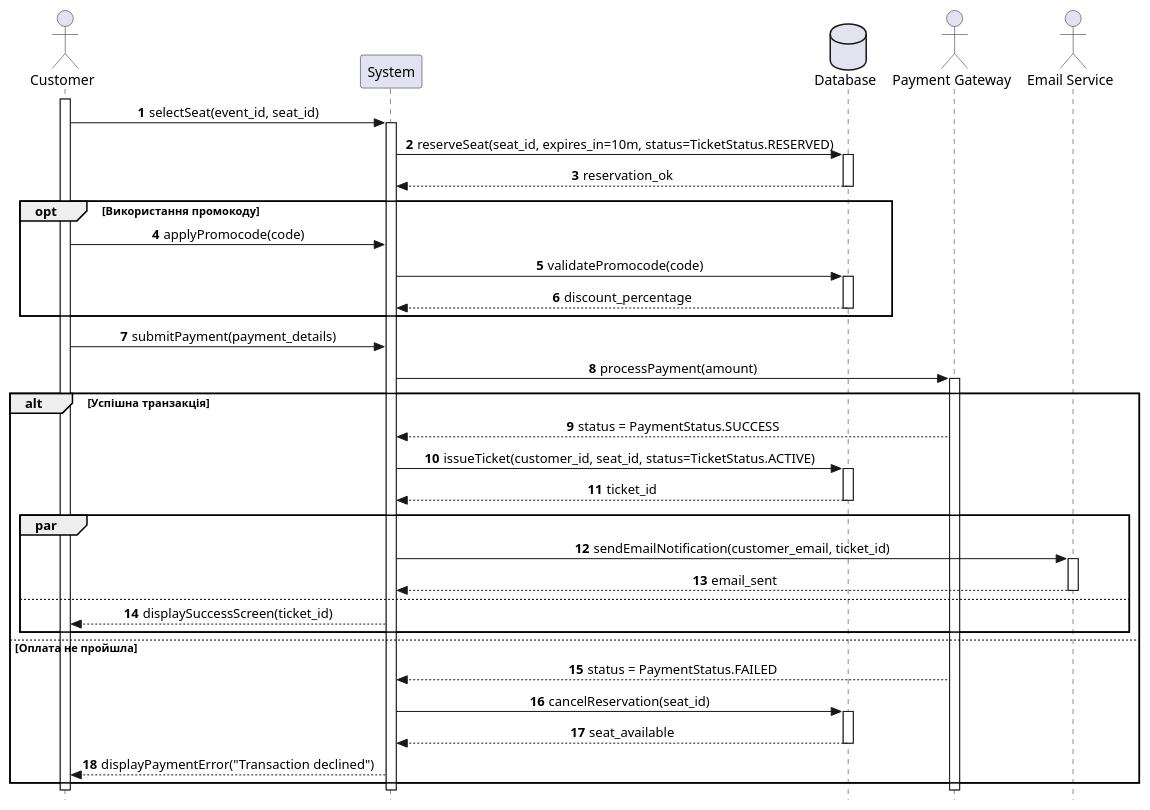
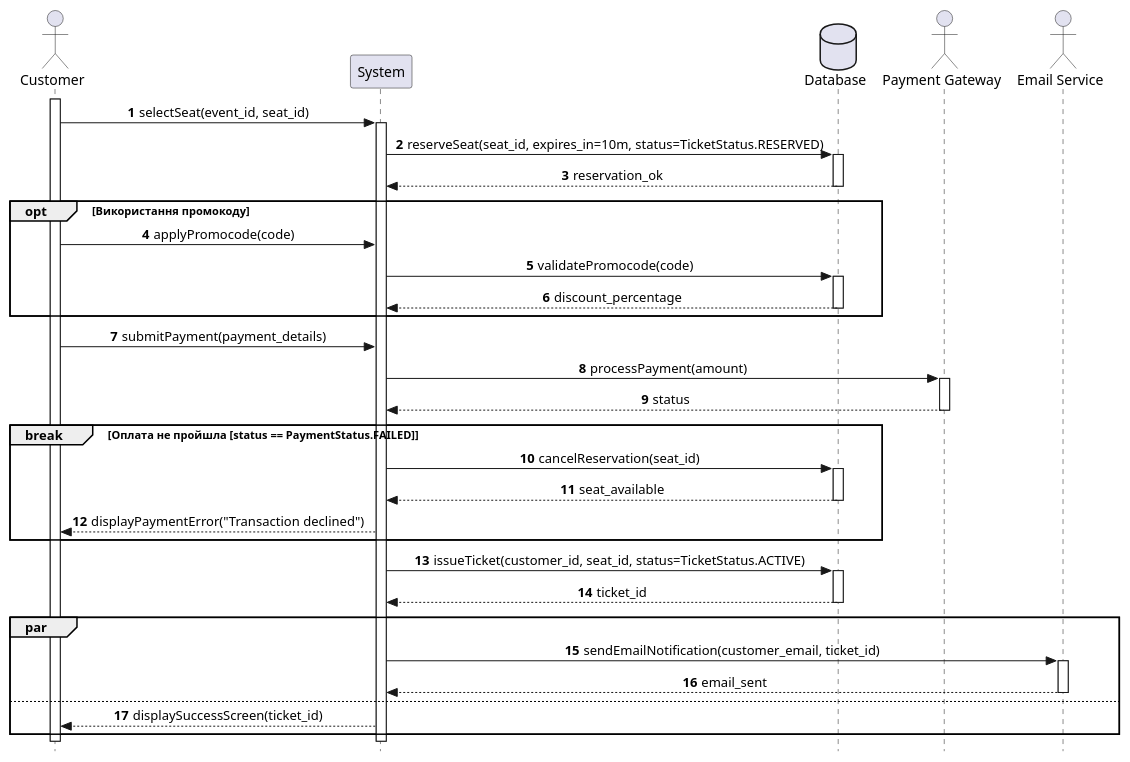
Before and after one commit to anastasiiaaz/2-course-mavpz: the diagram in lab3/scenario1.puml, drawn with PlantUML. The commit also changed 2 other files, not shown here.

Commit message:
fix: use break and fix par in sequence diagrams

```diff
--- a/lab3/scenario1.puml
+++ b/lab3/scenario1.puml
@@ -1,65 +1,61 @@
 @startuml buy_ticket
 autonumber
 skinparam Style strictuml
 skinparam SequenceMessageAlignment center
 
 actor "Customer" as C
 participant "System" as App
 database "Database" as DB
 actor "Payment Gateway" as PG
 actor "Email Service" as ES
 
 activate C
 C -> App : selectSeat(event_id, seat_id)
 activate App
 
 App -> DB : reserveSeat(seat_id, expires_in=10m, status=TicketStatus.RESERVED)
 activate DB
 DB --> App : reservation_ok
 deactivate DB
 
 opt Використання промокоду
     C -> App : applyPromocode(code)
     App -> DB : validatePromocode(code)
     activate DB
     DB --> App : discount_percentage
     deactivate DB
 end
 
 C -> App : submitPayment(payment_details)
 
 App -> PG : processPayment(amount)
 activate PG
+PG --> App : status
+deactivate PG
 
-alt Успішна транзакція
-    PG --> App : status = PaymentStatus.SUCCESS
-    
-    App -> DB : issueTicket(customer_id, seat_id, status=TicketStatus.ACTIVE)
-    activate DB
-    DB --> App : ticket_id
-    deactivate DB
-    
-    par
-        App -> ES : sendEmailNotification(customer_email, ticket_id)
-        activate ES
-        ES --> App : email_sent
-        deactivate ES
-    else
-        App --> C : displaySuccessScreen(ticket_id)
-    end
-
-else Оплата не пройшла
-    PG --> App : status = PaymentStatus.FAILED
-    
+break Оплата не пройшла [status == PaymentStatus.FAILED]
     App -> DB : cancelReservation(seat_id)
     activate DB
     DB --> App : seat_available
     deactivate DB
     
     App --> C : displayPaymentError("Transaction declined")
 end
 
-deactivate PG
+App -> DB : issueTicket(customer_id, seat_id, status=TicketStatus.ACTIVE)
+activate DB
+DB --> App : ticket_id
+deactivate DB
+
+par
+    App -> ES : sendEmailNotification(customer_email, ticket_id)
+    activate ES
+    ES --> App : email_sent
+    deactivate ES
+else
+    App --> C : displaySuccessScreen(ticket_id)
+end
+
 deactivate App
 deactivate C
 @enduml
```
